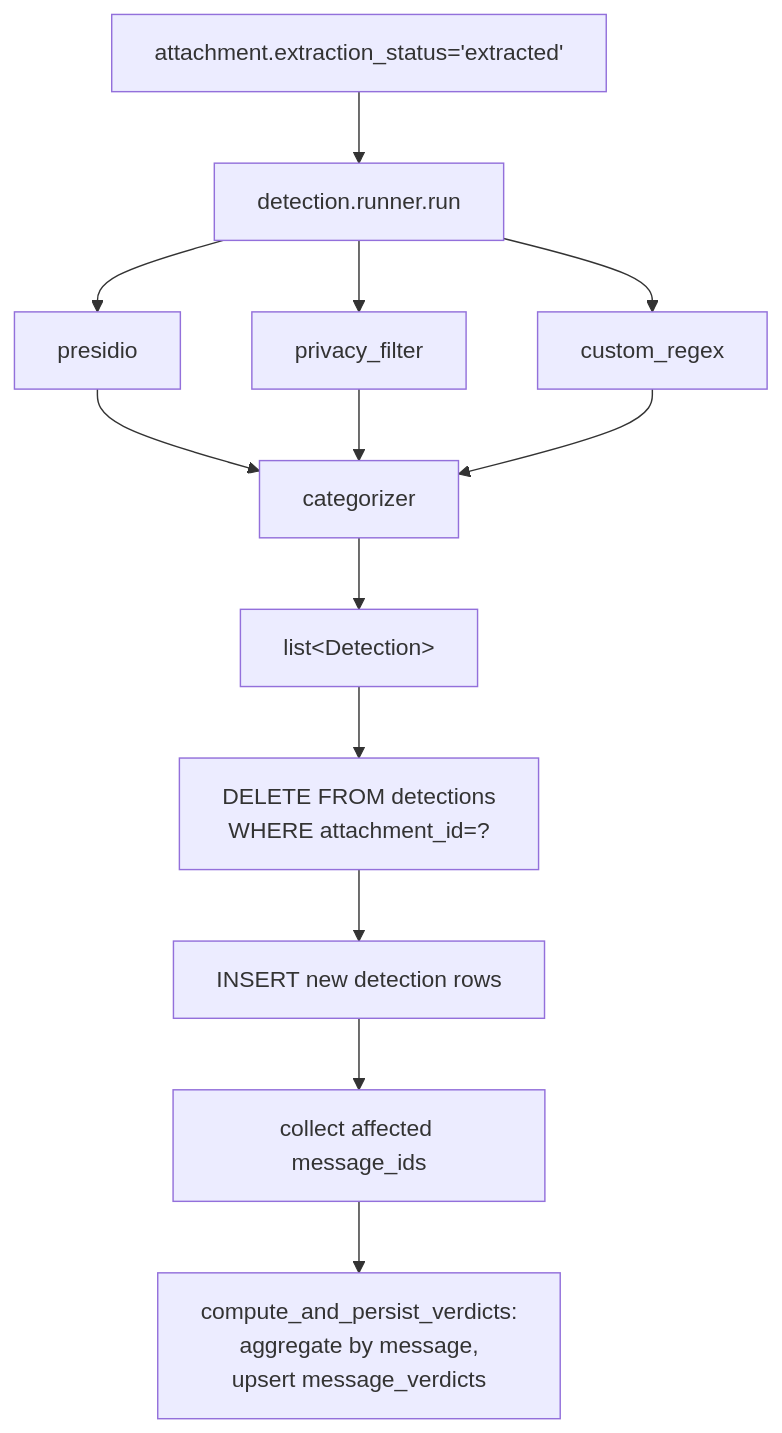
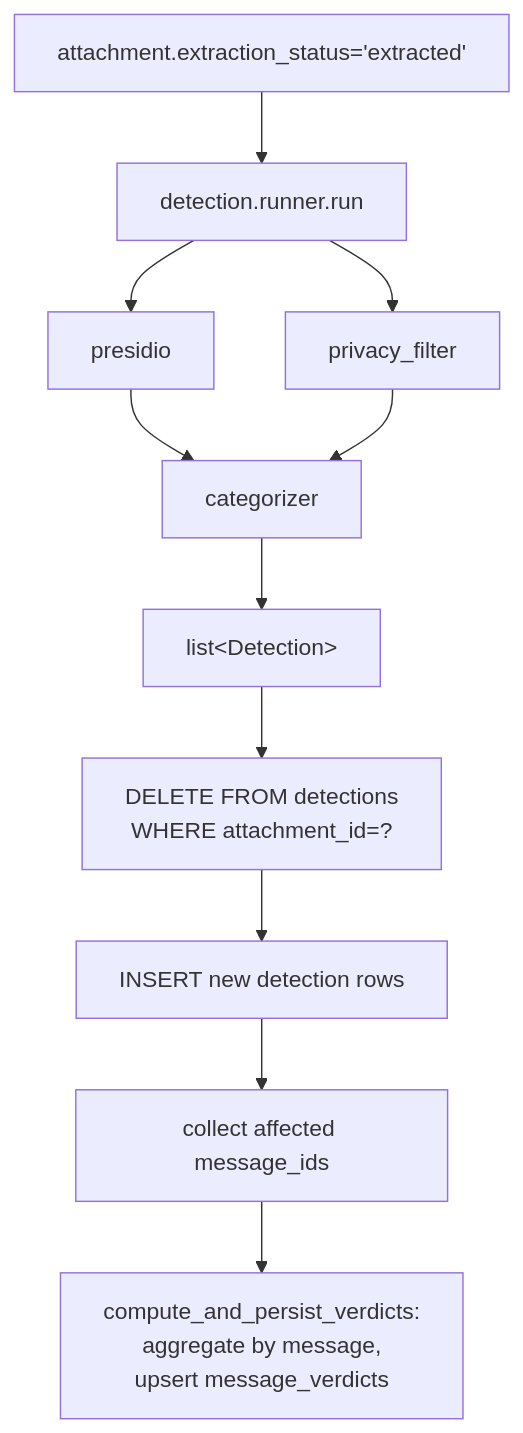
One commit to lastlad/inbox-pii-scanner changed the second of 2 diagrams in docs/scan-pipeline.md. Above: the diagram before and after it, drawn with Mermaid. The commit also changed other lines of this file and 15 other files, not shown here.

First line of the commit message:
Retire custom_regex detector; collapse profile to critical|all

````diff
--- a/docs/scan-pipeline.md
+++ b/docs/scan-pipeline.md
@@ -128,15 +129,13 @@
 ```mermaid
 flowchart TD
     A[attachment.extraction_status='extracted'] --> R[detection.runner.run]
     R --> P[presidio]
     R --> PF[privacy_filter]
-    R --> CR[custom_regex]
     P --> Cat[categorizer]
     PF --> Cat
-    CR --> Cat
     Cat --> Findings[list&lt;Detection&gt;]
     Findings --> DBClear[DELETE FROM detections<br/>WHERE attachment_id=?]
     DBClear --> DBInsert[INSERT new detection rows]
     DBInsert --> Affected[collect affected message_ids]
     Affected --> V[compute_and_persist_verdicts:<br/>aggregate by message,<br/>upsert message_verdicts]
 ```
````
